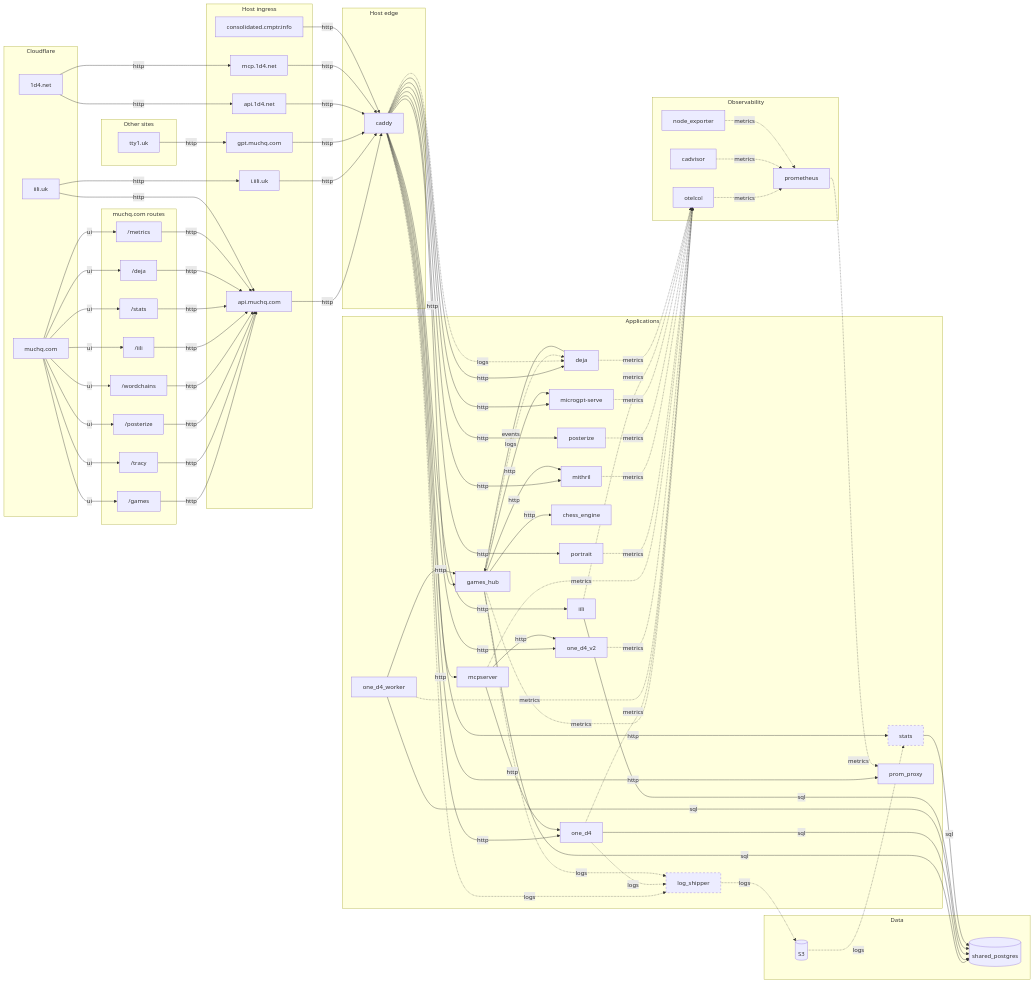
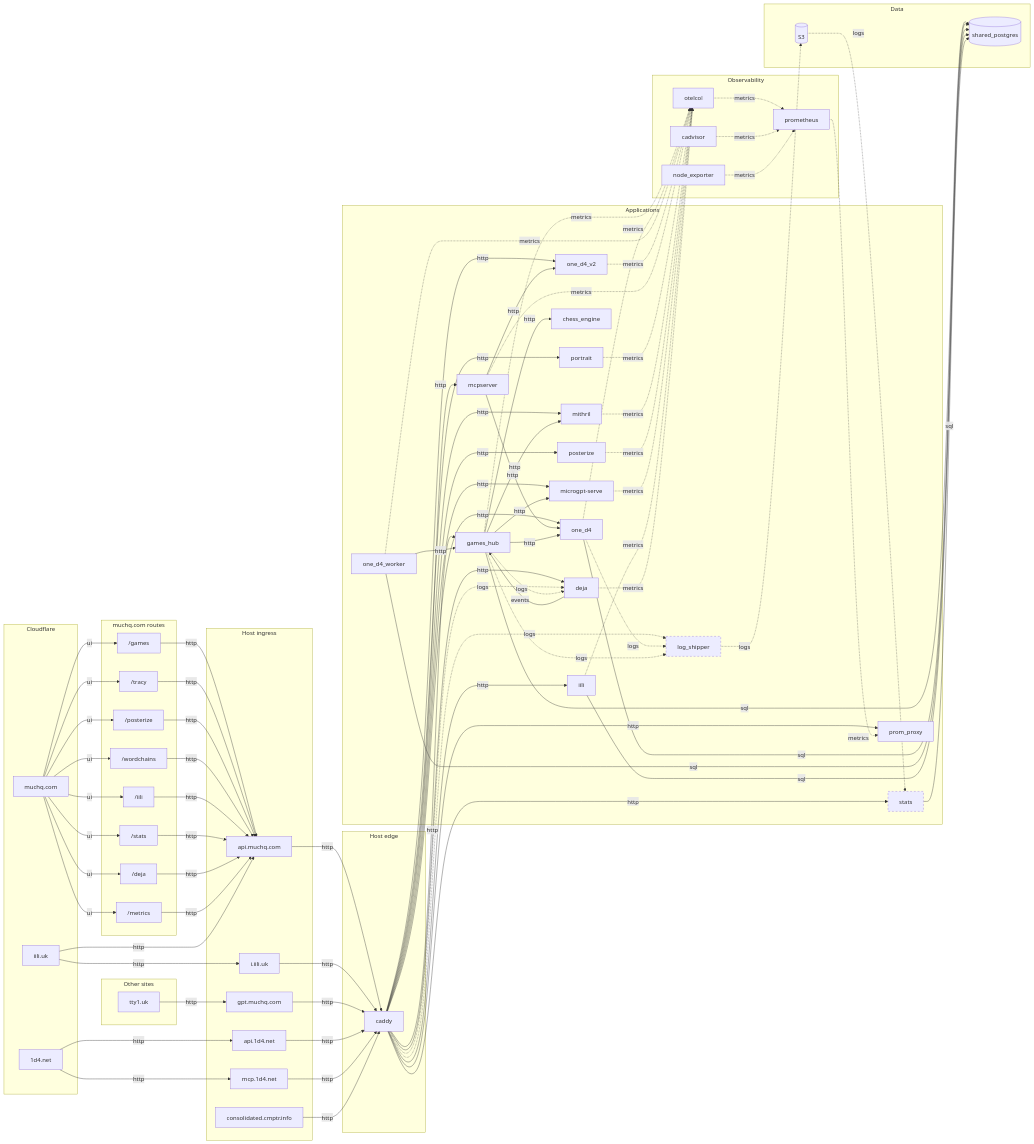
The diagram in docs/DEPLOYMENT.md (muchq/MoonBase), drawn with Mermaid before and after one commit. The commit also changed other lines of this file and 27 other files, not shown here.

```diff
--- a/docs/DEPLOYMENT.md
+++ b/docs/DEPLOYMENT.md
@@ -188,6 +189,7 @@
   games_hub -->|http| microgpt-serve
   games_hub -->|http| mithril
   games_hub -->|http| chess_engine
+  games_hub -->|http| one_d4
   one_d4 -->|sql| shared_postgres
   one_d4_worker -->|sql| shared_postgres
   one_d4_worker -->|http| games_hub
```
